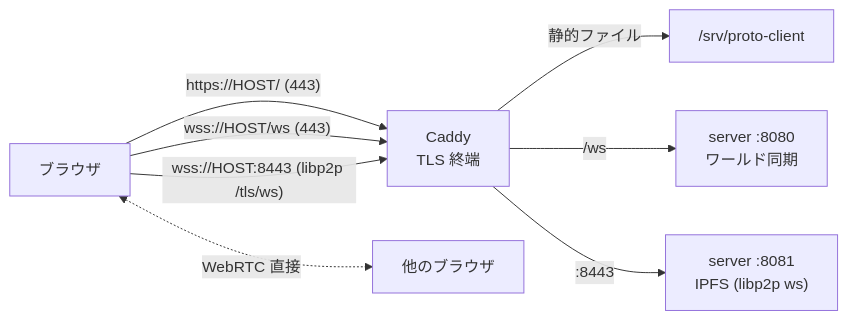
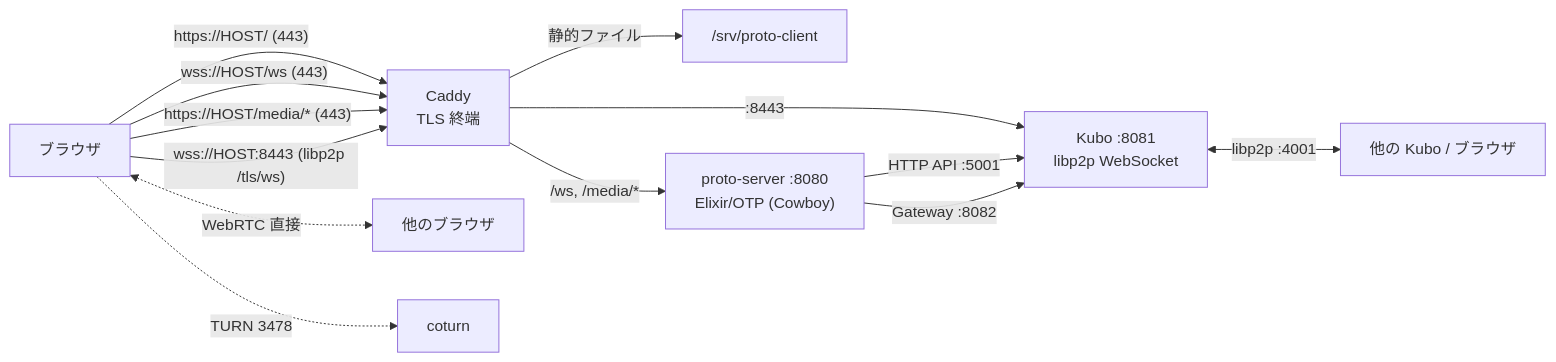
The diagram in docs/deploy.md (katteni-kaihatu/nemvr-prototype), drawn with Mermaid before and after one commit. The commit also changed other lines of this file and 75 other files, not shown here.

First line of the commit message:
Replace the Node server with an Elixir/OTP backend

````diff
--- a/docs/deploy.md
+++ b/docs/deploy.md
@@ -8,10 +11,15 @@
 ```mermaid
 graph LR
     B[ブラウザ] -->|"https://HOST/ (443)"| C[Caddy<br/>TLS 終端]
     B -->|"wss://HOST/ws (443)"| C
+    B -->|"https://HOST/media/* (443)"| C
     B -->|"wss://HOST:8443 (libp2p /tls/ws)"| C
     C -->|静的ファイル| F["/srv/proto-client"]
-    C -->|"/ws"| S1["server :8080<br/>ワールド同期"]
-    C -->|":8443"| S2["server :8081<br/>IPFS (libp2p ws)"]
+    C -->|"/ws, /media/*"| S["proto-server :8080<br/>Elixir/OTP (Cowboy)"]
+    C -->|":8443"| K["Kubo :8081<br/>libp2p WebSocket"]
+    S -->|"HTTP API :5001"| K
+    S -->|"Gateway :8082"| K
+    K <-->|"libp2p :4001"| P[他の Kubo / ブラウザ]
     B <-.->|WebRTC 直接| B2[他のブラウザ]
+    B -.->|TURN 3478| T[coturn]
 ```
````
